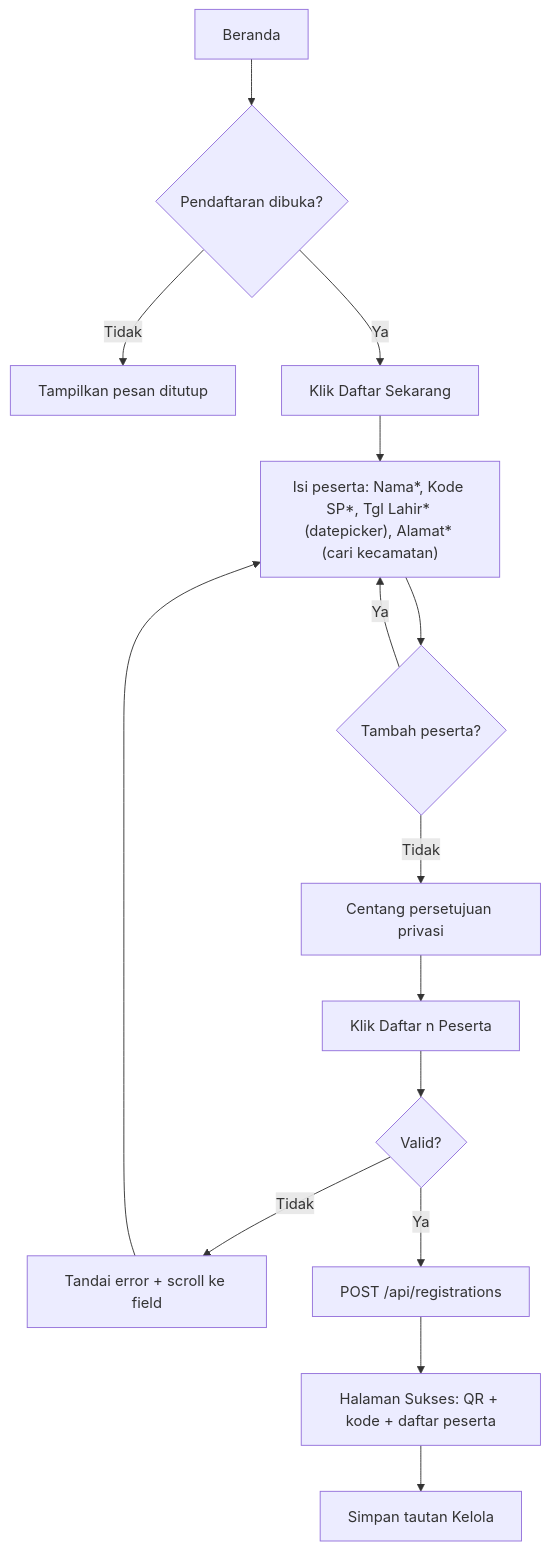
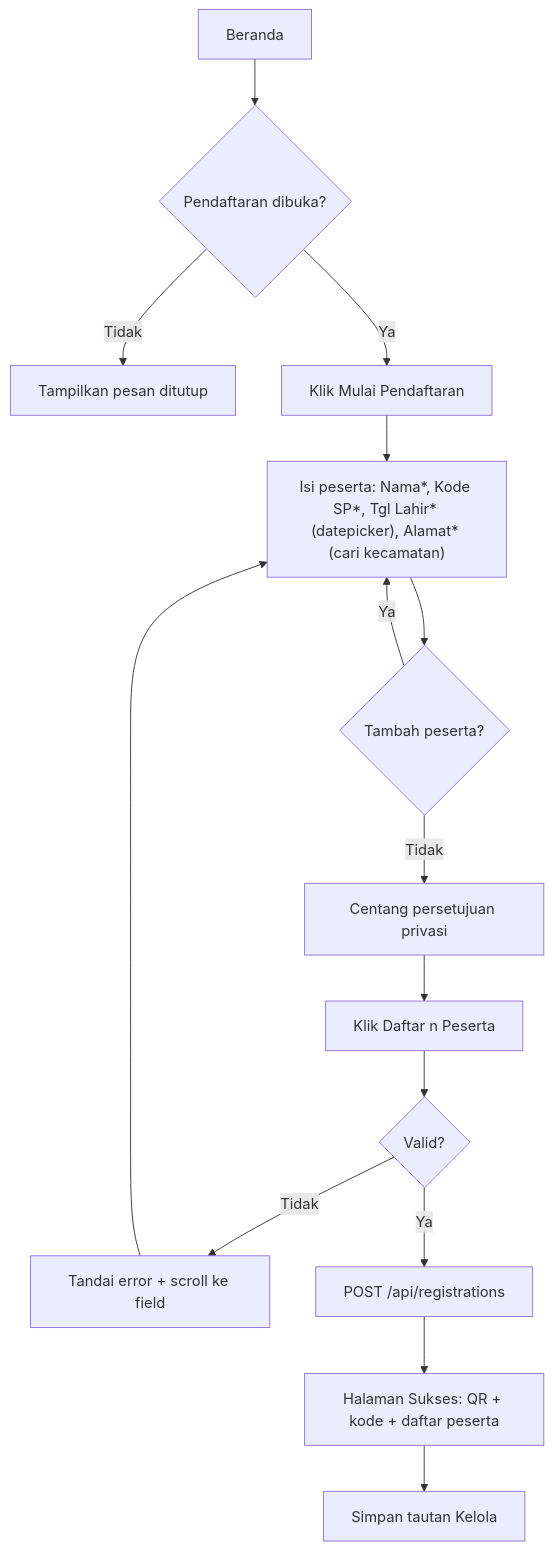
The second of 5 diagrams in docs/SP_Portal_UIUX_Flow_v1.0.md (ivanpwh/sp-portal-Op4.8), drawn with Mermaid before and after one commit. The commit also changed 9 other files, not shown here.

````diff
--- a/docs/SP_Portal_UIUX_Flow_v1.0.md
+++ b/docs/SP_Portal_UIUX_Flow_v1.0.md
@@ -107,16 +107,16 @@
 ```mermaid
 flowchart TD
   A[Beranda] --> B{Pendaftaran dibuka?}
   B -- Tidak --> B1[Tampilkan pesan ditutup]
-  B -- Ya --> C[Klik Daftar Sekarang]
+  B -- Ya --> C[Klik Mulai Pendaftaran]
   C --> D["Isi peserta: Nama*, Kode SP*, Tgl Lahir* (datepicker), Alamat* (cari kecamatan)"]
   D --> E{Tambah peserta?}
   E -- Ya --> D
   E -- Tidak --> F[Centang persetujuan privasi]
   F --> G[Klik Daftar n Peserta]
   G --> H{Valid?}
   H -- Tidak --> H1[Tandai error + scroll ke field] --> D
   H -- Ya --> I[POST /api/registrations]
   I --> J[Halaman Sukses: QR + kode + daftar peserta]
   J --> K[Simpan tautan Kelola]
 ```
````
